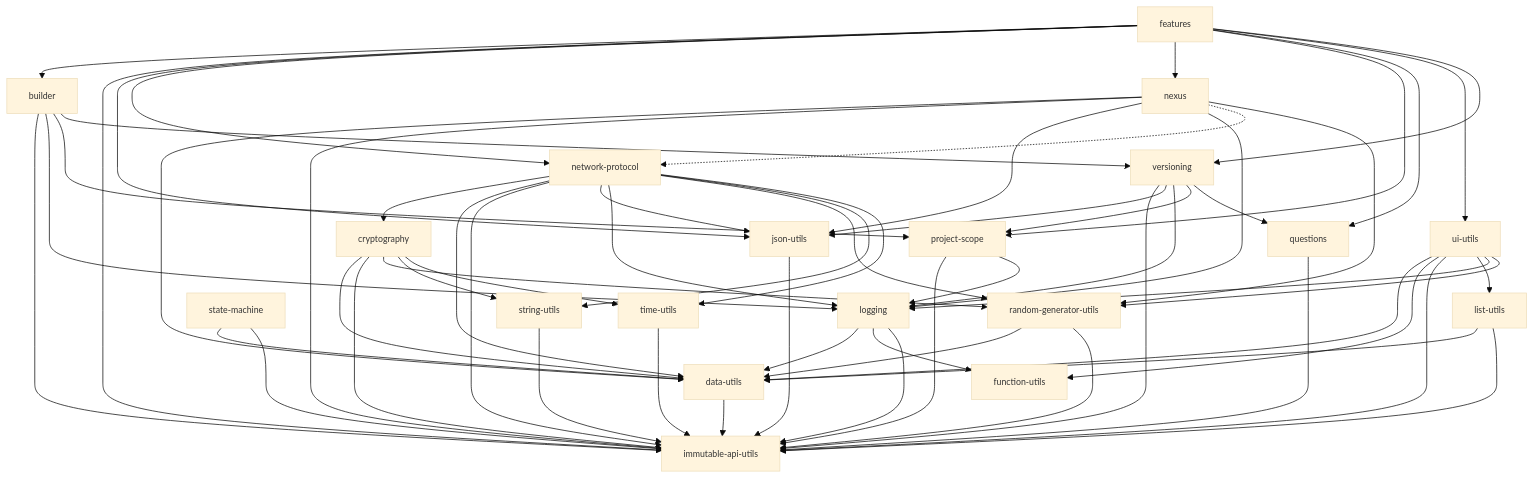
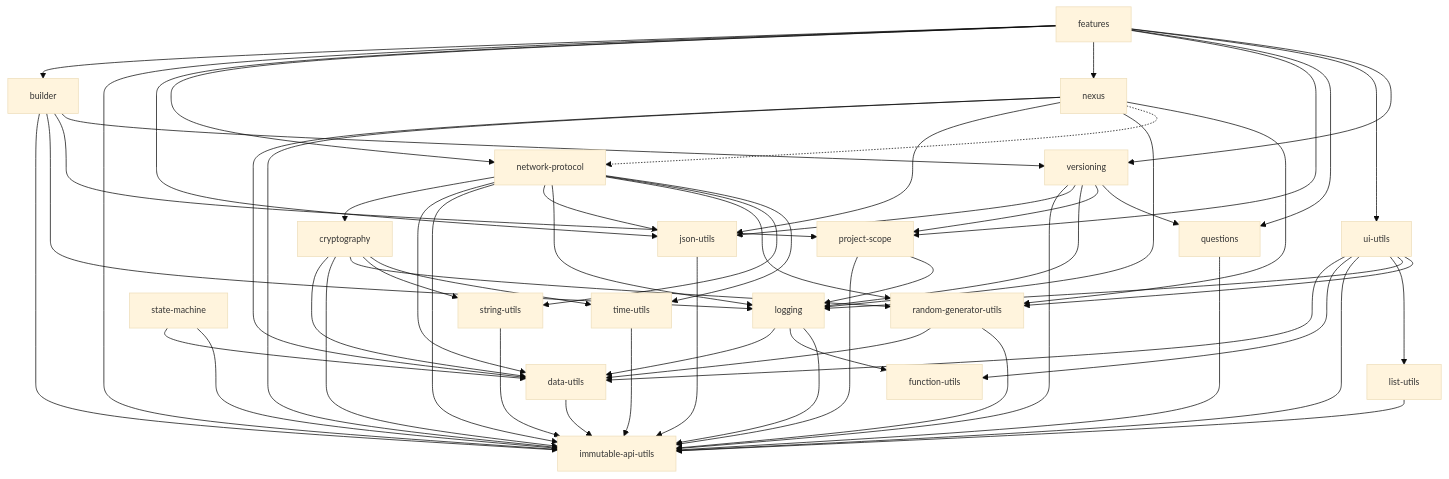
One commit to AndrewRedican/hyperfrontend changed the diagram in LIBRARY_COMPATIBILITY.md. Above: the diagram before and after it, drawn with Mermaid. The commit also changed other lines of this file, not shown here.

```diff
--- a/LIBRARY_COMPATIBILITY.md
+++ b/LIBRARY_COMPATIBILITY.md
@@ -154,7 +154,6 @@
     features --> ui_utils
     features --> versioning
     json_utils --> immutable_api_utils
-    list_utils --> data_utils
     list_utils --> immutable_api_utils
     logging --> data_utils
     logging --> function_utils
```
